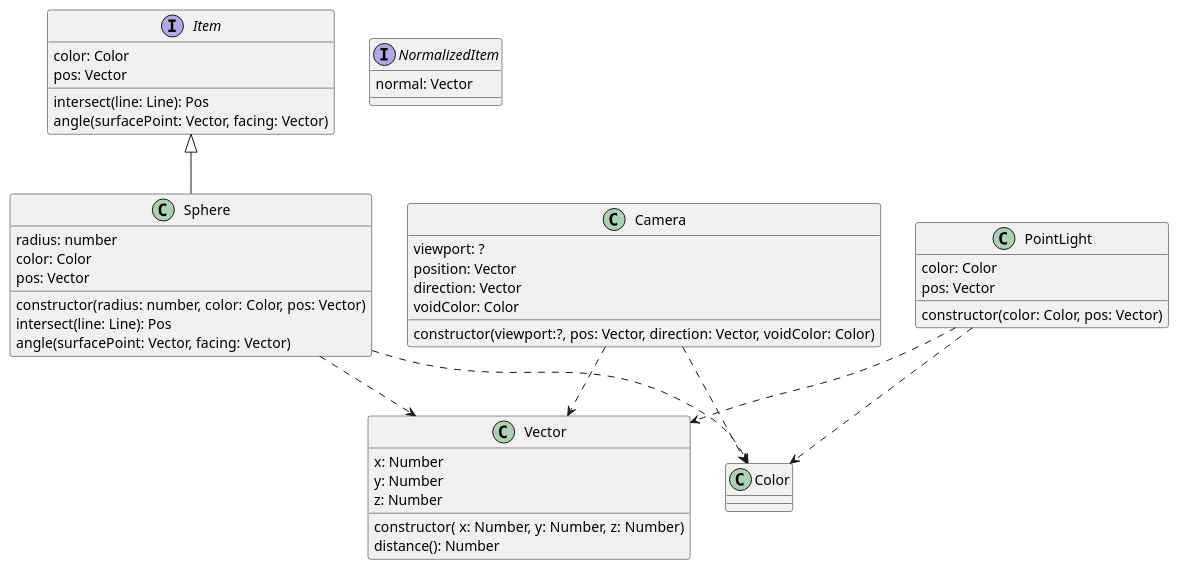
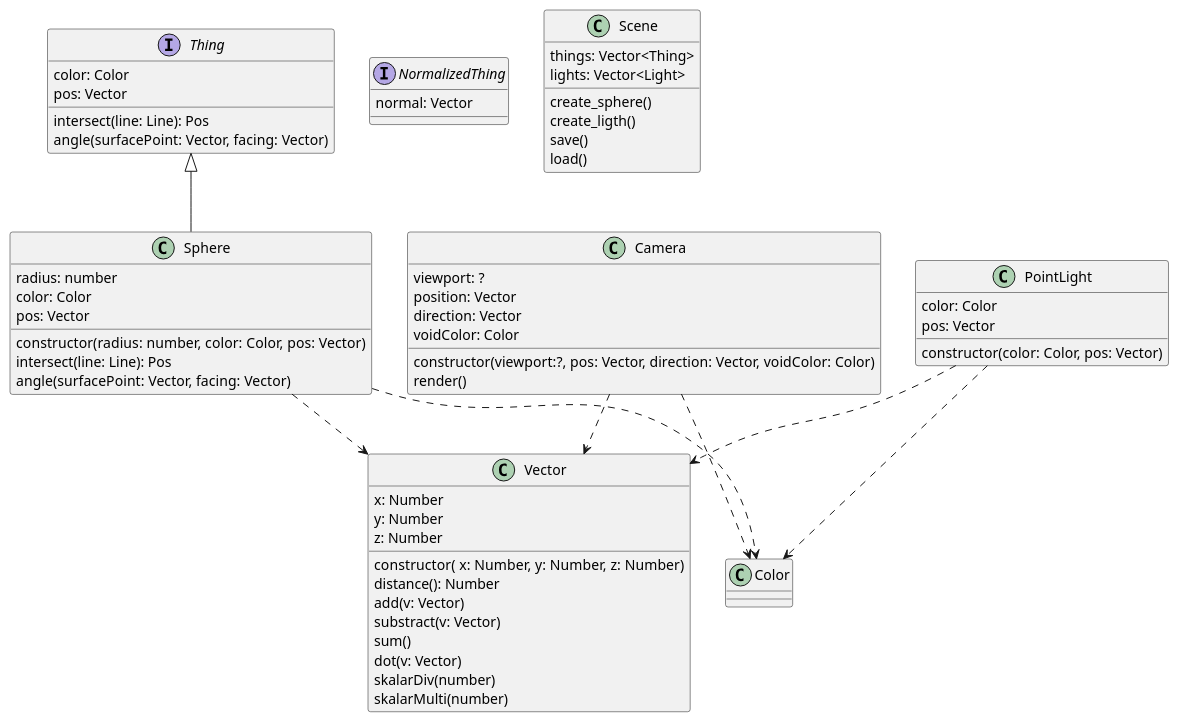
The diagram in docs/raytracer.puml (STU-IT/raytracer), drawn with PlantUML before and after one commit. The commit also changed other lines of this file, not shown here.

Commit message:
Klassediagram opdateret

```diff
--- a/docs/raytracer.puml
+++ b/docs/raytracer.puml
@@ -1,56 +1,74 @@
 @startuml
 
-interface Item {
+interface Thing {
     color: Color
     pos: Vector
     intersect(line: Line): Pos
     angle(surfacePoint: Vector, facing: Vector)
 }
 
-interface NormalizedItem {
+interface NormalizedThing {
     normal: Vector
 }
 
 class Sphere{
     radius: number
     color: Color
     pos: Vector
     constructor(radius: number, color: Color, pos: Vector)
     intersect(line: Line): Pos
     angle(surfacePoint: Vector, facing: Vector)
 }
 
 class Vector{
     x: Number
     y: Number
     z: Number
     constructor( x: Number, y: Number, z: Number)
     distance(): Number
+    add(v: Vector)
+    substract(v: Vector)
+    sum()
+    dot(v: Vector)
+    skalarDiv(number)
+    skalarMulti(number)
 }
 
 class Camera{
     viewport: ?
     position: Vector
     direction: Vector
     voidColor: Color
     constructor(viewport:?, pos: Vector, direction: Vector, voidColor: Color)
+    render()
 }
 
 class PointLight {
     color: Color
     pos: Vector
     constructor(color: Color, pos: Vector)
 }
 
-Item <|-- Sphere
+class Scene{
+    things: Vector<Thing>
+    lights: Vector<Light>
+    create_sphere()
+    create_ligth()
+    save()
+    load()
+}
+
+
+
+Thing <|-- Sphere
 
 Sphere ..> Vector
 Sphere ..> Color
 
 Camera ..> Vector
 Camera ..> Color
 
 PointLight ..> Vector
 PointLight ..> Color
 
 @enduml
```
